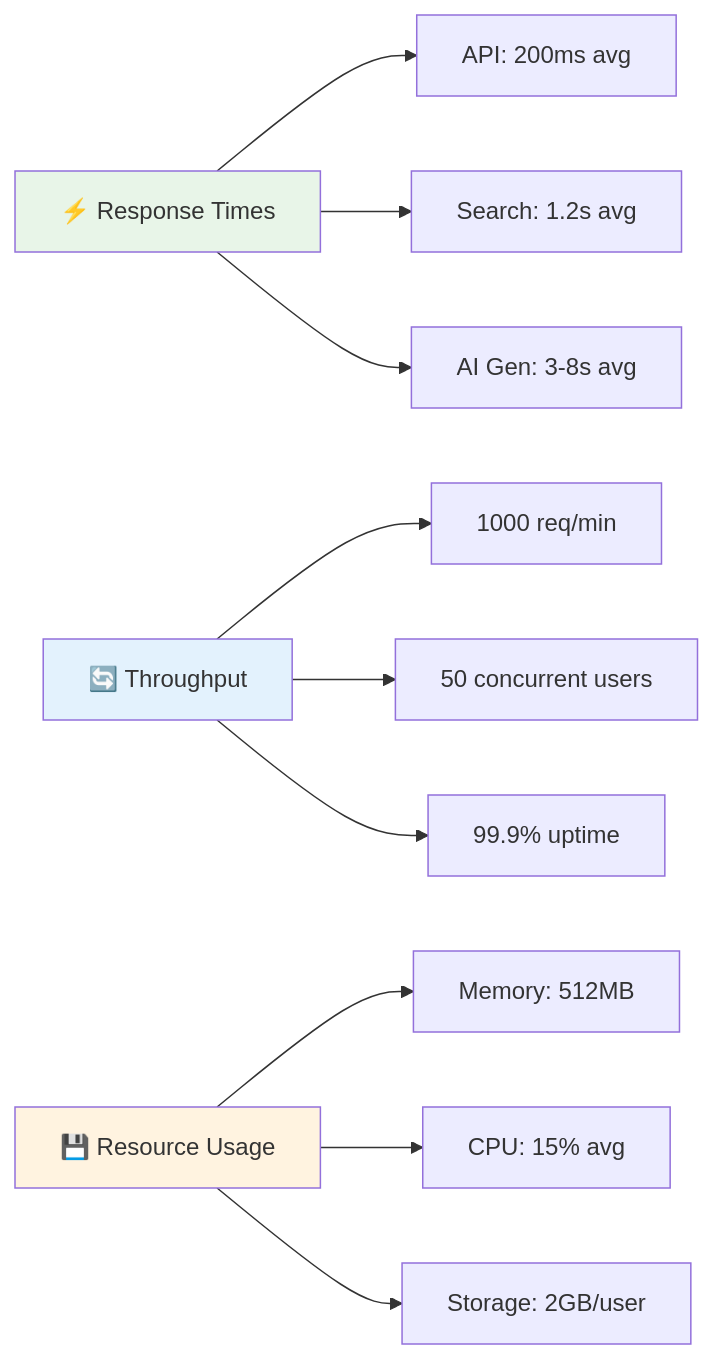
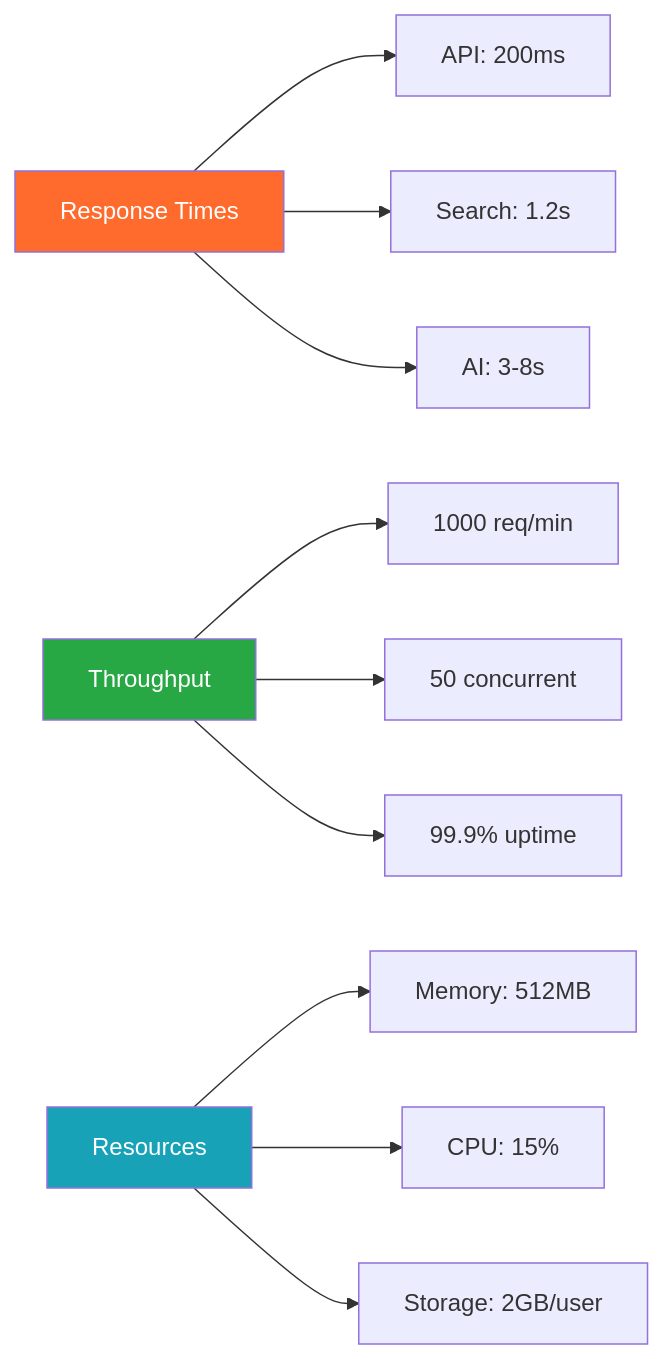
The sixth of 6 diagrams in README.md (Kedhareswer/thesisflow-ai), drawn with Mermaid before and after one commit. The commit also changed other lines of this file and 1 other file, not shown here.

````diff
--- a/README.md
+++ b/README.md
@@ -1283,18 +377,18 @@
 ```mermaid
 graph LR
-    A[⚡ Response Times] --> A1[API: 200ms avg]
-    A --> A2[Search: 1.2s avg]
-    A --> A3[AI Gen: 3-8s avg]
+    A[Response Times] --> A1[API: 200ms]
+    A --> A2[Search: 1.2s]
+    A --> A3[AI: 3-8s]
     
-    B[🔄 Throughput] --> B1[1000 req/min]
-    B --> B2[50 concurrent users]
+    B[Throughput] --> B1[1000 req/min]
+    B --> B2[50 concurrent]
     B --> B3[99.9% uptime]
     
-    C[💾 Resource Usage] --> C1[Memory: 512MB]
-    C --> C2[CPU: 15% avg]
+    C[Resources] --> C1[Memory: 512MB]
+    C --> C2[CPU: 15%]
     C --> C3[Storage: 2GB/user]
     
-    style A fill:#e8f5e8
-    style B fill:#e3f2fd
-    style C fill:#fff3e0
+    style A fill:#FF6B2C,color:#fff
+    style B fill:#28a745,color:#fff
+    style C fill:#17a2b8,color:#fff
 ```
````
